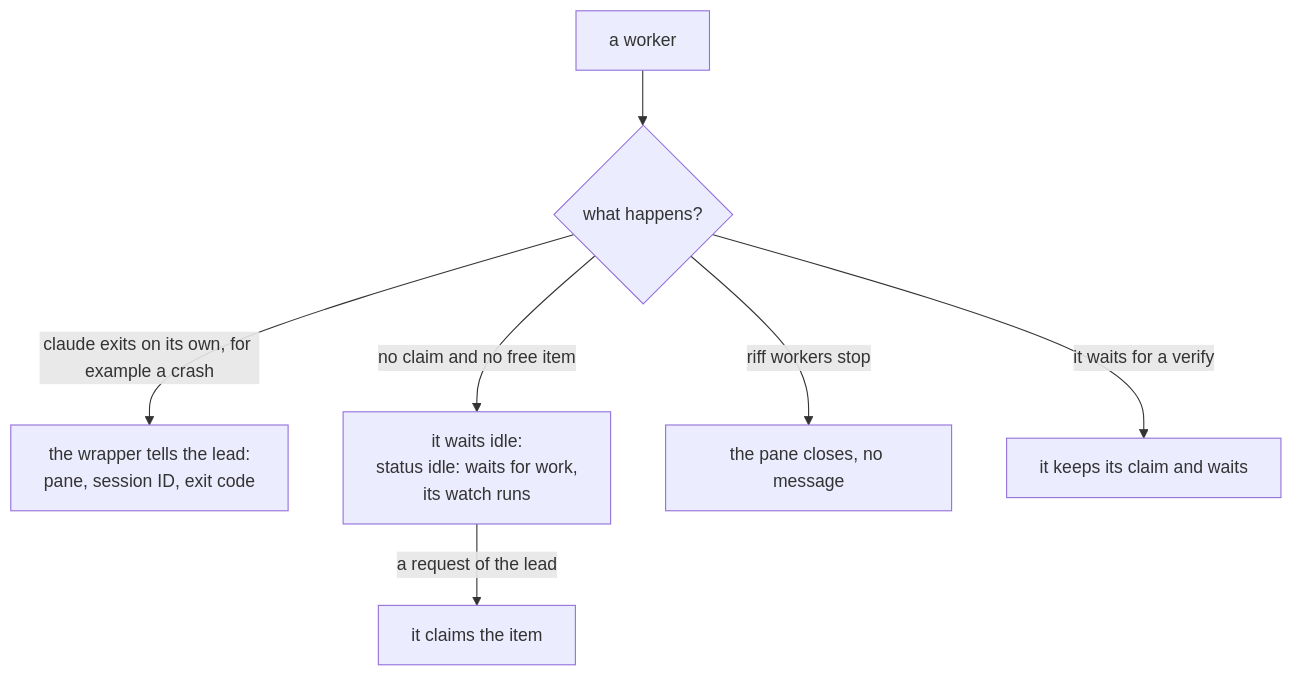
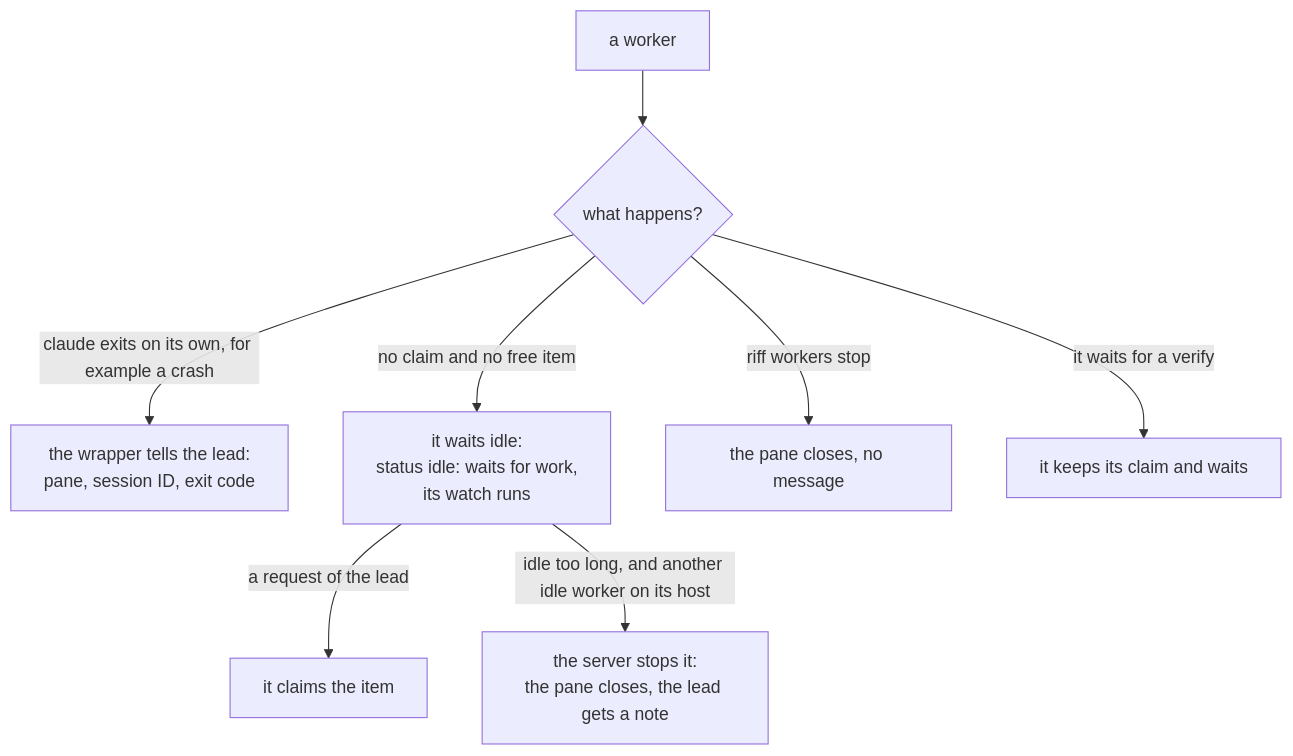
One commit to como-technologies/riff changed diagram 34 of 35 in docs/src/how-it-works.md. Above: the diagram before and after it, drawn with Mermaid. The commit also changed other lines of this file and 19 other files, not shown here.

First line of the commit message:
The server stops idle workers past a limit (#272)

````diff
--- a/docs/src/how-it-works.md
+++ b/docs/src/how-it-works.md
@@ -2239,9 +2249,10 @@
 ```mermaid
 flowchart TD
     W[a worker] --> Q{what happens?}
     Q -- "claude exits on its own, for example a crash" --> C["the wrapper tells the lead:<br/>pane, session ID, exit code"]
     Q -- "no claim and no free item" --> I["it waits idle:<br/>status idle: waits for work,<br/>its watch runs"]
     I -- "a request of the lead" --> N[it claims the item]
+    I -- "idle too long, and another idle worker on its host" --> X["the server stops it:<br/>the pane closes, the lead gets a note"]
     Q -- "riff workers stop" --> S[the pane closes, no message]
     Q -- "it waits for a verify" --> K[it keeps its claim and waits]
 ```
````
